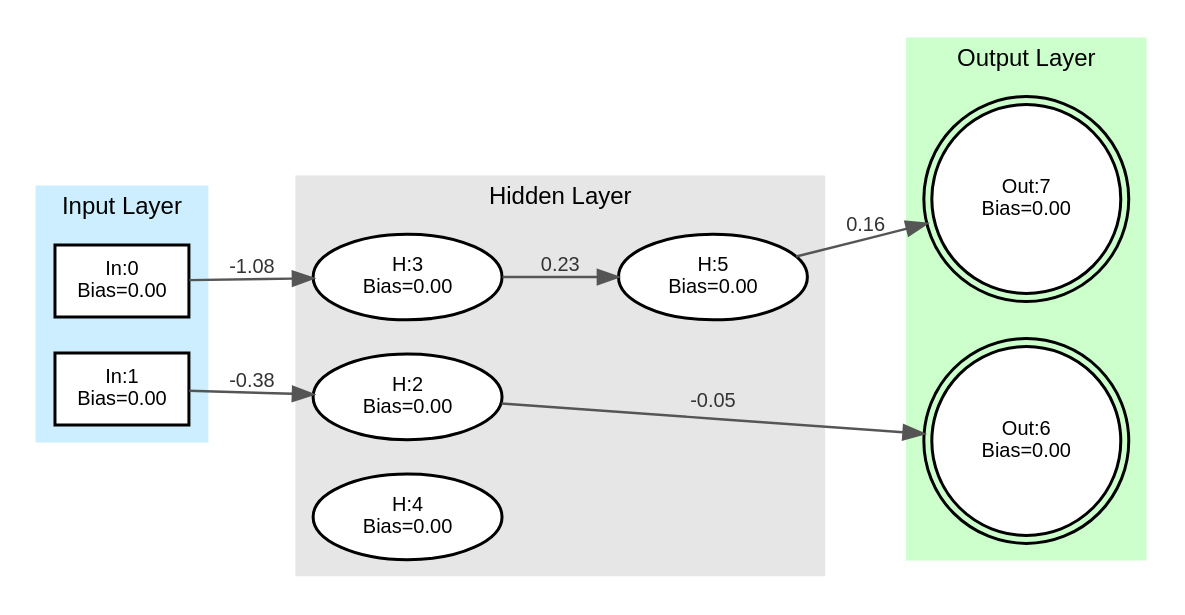
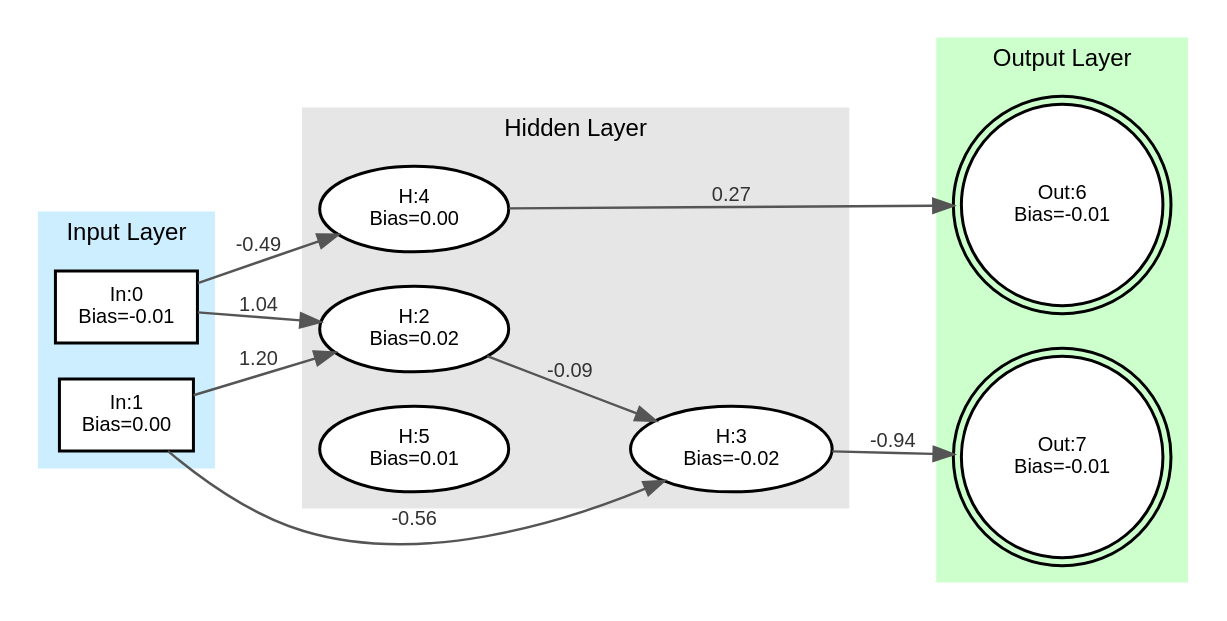
The diagram in minet_test.dot (Apoxtrophe/MiNET_AI), drawn with Graphviz before and after one commit. The commit also changed 3 other files, not shown here.

```diff
--- a/minet_test.dot
+++ b/minet_test.dot
@@ -1,52 +1,54 @@
 digraph Minet {
     // Use left-to-right orientation
     rankdir=LR;
     graph [layout=dot, fontname="Helvetica", fontsize=12];
     node [fontname="Helvetica", fontsize=10];
     edge [fontname="Helvetica", fontsize=10];
 
     subgraph cluster_inputs {
         style=filled;
         color="#cceeff";
         penwidth=1.5;
         label="Input Layer";
         labelloc="top";
         labeljust="center";
         rank=same;
-        neuron_0 [shape=box, style=filled, fillcolor=white, penwidth=1.5, label="In:0\nBias=0.00"];
+        neuron_0 [shape=box, style=filled, fillcolor=white, penwidth=1.5, label="In:0\nBias=-0.01"];
         neuron_1 [shape=box, style=filled, fillcolor=white, penwidth=1.5, label="In:1\nBias=0.00"];
     }
 
     subgraph cluster_hidden {
         style=filled;
         color="#e6e6e6";
         penwidth=1.5;
         label="Hidden Layer";
         labelloc="top";
         labeljust="center";
-        neuron_2 [shape=ellipse, style=filled, fillcolor=white, penwidth=1.5, label="H:2\nBias=0.00"];
-        neuron_3 [shape=ellipse, style=filled, fillcolor=white, penwidth=1.5, label="H:3\nBias=0.00"];
+        neuron_2 [shape=ellipse, style=filled, fillcolor=white, penwidth=1.5, label="H:2\nBias=0.02"];
+        neuron_3 [shape=ellipse, style=filled, fillcolor=white, penwidth=1.5, label="H:3\nBias=-0.02"];
         neuron_4 [shape=ellipse, style=filled, fillcolor=white, penwidth=1.5, label="H:4\nBias=0.00"];
-        neuron_5 [shape=ellipse, style=filled, fillcolor=white, penwidth=1.5, label="H:5\nBias=0.00"];
+        neuron_5 [shape=ellipse, style=filled, fillcolor=white, penwidth=1.5, label="H:5\nBias=0.01"];
     }
 
     subgraph cluster_outputs {
         style=filled;
         color="#ccffcc";
         penwidth=1.5;
         label="Output Layer";
         labelloc="top";
         labeljust="center";
         rank=same;
-        neuron_6 [shape=doublecircle, style=filled, fillcolor=white, penwidth=1.5, label="Out:6\nBias=0.00"];
-        neuron_7 [shape=doublecircle, style=filled, fillcolor=white, penwidth=1.5, label="Out:7\nBias=0.00"];
+        neuron_6 [shape=doublecircle, style=filled, fillcolor=white, penwidth=1.5, label="Out:6\nBias=-0.01"];
+        neuron_7 [shape=doublecircle, style=filled, fillcolor=white, penwidth=1.5, label="Out:7\nBias=-0.01"];
     }
 
     // Edges
     edge [color="#555555", penwidth=1.2];
-    neuron_0 -> neuron_3 [label="-1.08", fontcolor="#333333"];
-    neuron_1 -> neuron_2 [label="-0.38", fontcolor="#333333"];
-    neuron_2 -> neuron_6 [label="-0.05", fontcolor="#333333"];
-    neuron_3 -> neuron_5 [label="0.23", fontcolor="#333333"];
-    neuron_5 -> neuron_7 [label="0.16", fontcolor="#333333"];
+    neuron_0 -> neuron_4 [label="-0.49", fontcolor="#333333"];
+    neuron_0 -> neuron_2 [label="1.04", fontcolor="#333333"];
+    neuron_1 -> neuron_2 [label="1.20", fontcolor="#333333"];
+    neuron_1 -> neuron_3 [label="-0.56", fontcolor="#333333"];
+    neuron_2 -> neuron_3 [label="-0.09", fontcolor="#333333"];
+    neuron_3 -> neuron_7 [label="-0.94", fontcolor="#333333"];
+    neuron_4 -> neuron_6 [label="0.27", fontcolor="#333333"];
 }
```
